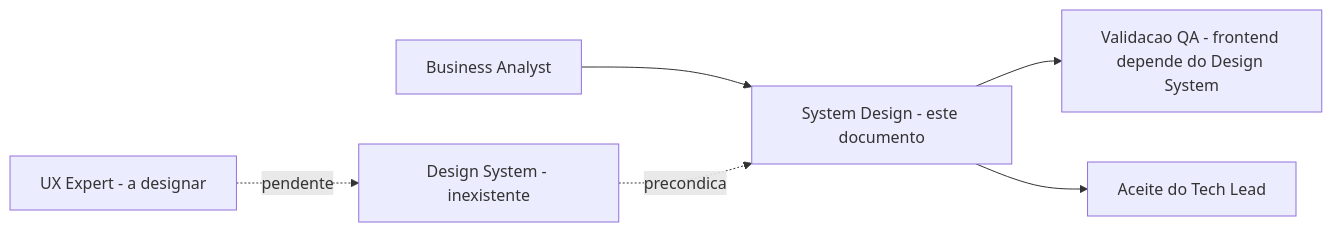
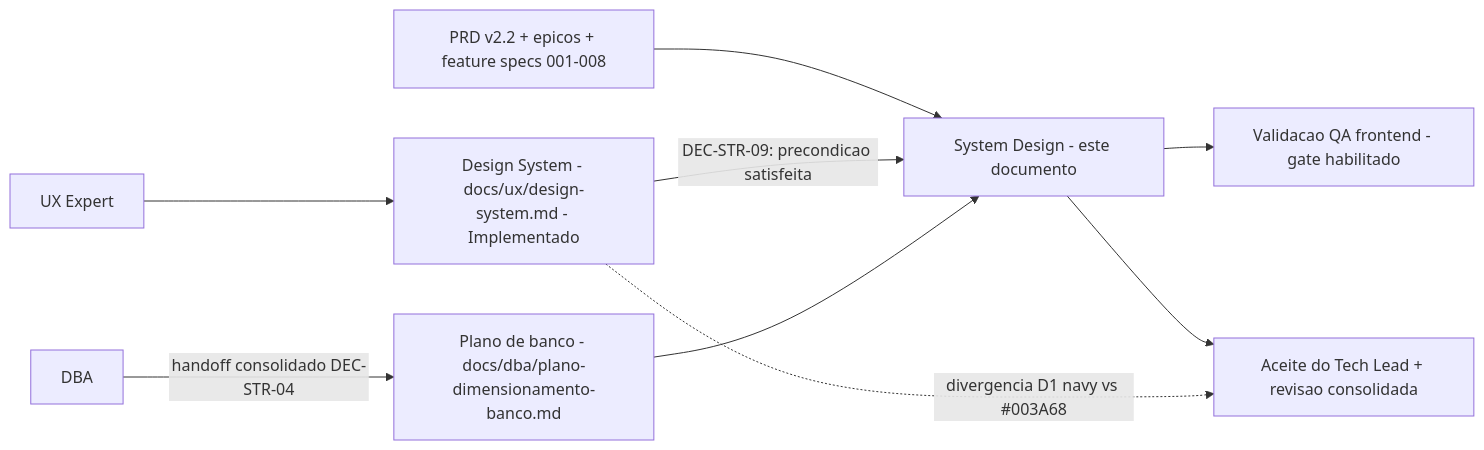
One commit to hydrosdesenvolvimento/compraMais changed the third of 3 diagrams in docs/system-design.md. Above: the diagram before and after it, drawn with Mermaid. The commit also changed other lines of this file and 4 other files, not shown here.

First line of the commit message:
docs(governanca): consolida Design System, System Design e handoff do DBA

````diff
--- a/docs/system-design.md
+++ b/docs/system-design.md
@@ -226,8 +242,11 @@
 ```mermaid
 flowchart LR
-  BA[Business Analyst] --> SD[System Design - este documento]
-  UX[UX Expert - a designar] -.pendente.-> DS[Design System - inexistente]
-  DS -.precondicao.-> SD
-  SD --> QA[Validacao QA - frontend depende do Design System]
-  SD --> TL[Aceite do Tech Lead]
+  PRD[PRD v2.2 + epicos + feature specs 001-008] --> SD[System Design - este documento]
+  UX[UX Expert] --> DS[Design System - docs/ux/design-system.md - Implementado]
+  DS -->|DEC-STR-09: precondicao satisfeita| SD
+  DBA[DBA] -->|handoff consolidado DEC-STR-04| PLB[Plano de banco - docs/dba/plano-dimensionamento-banco.md]
+  PLB --> SD
+  SD --> QA[Validacao QA frontend - gate habilitado]
+  SD --> TL[Aceite do Tech Lead + revisao consolidada]
+  DS -.divergencia D1 navy vs #003A68.-> TL
 ```
````
